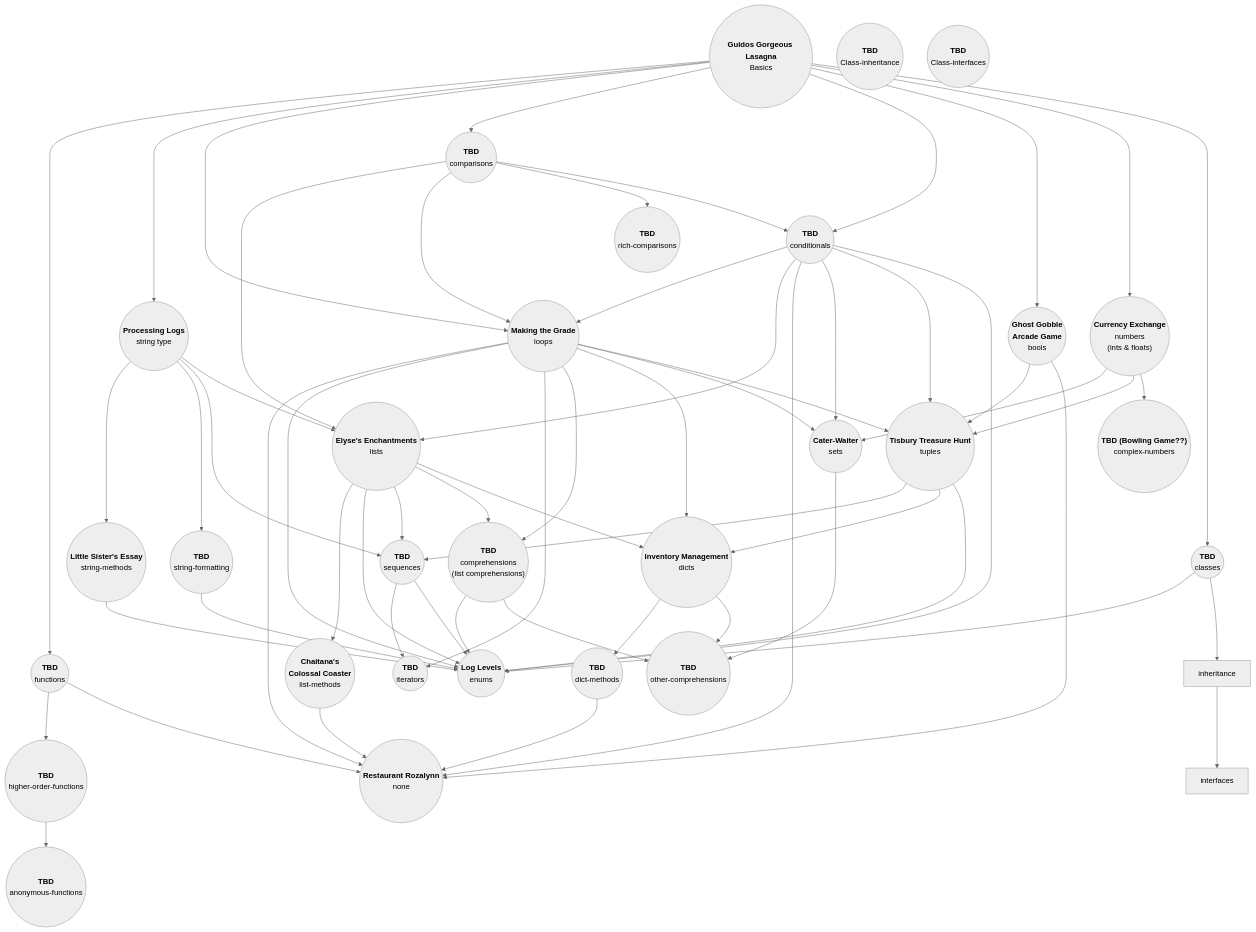
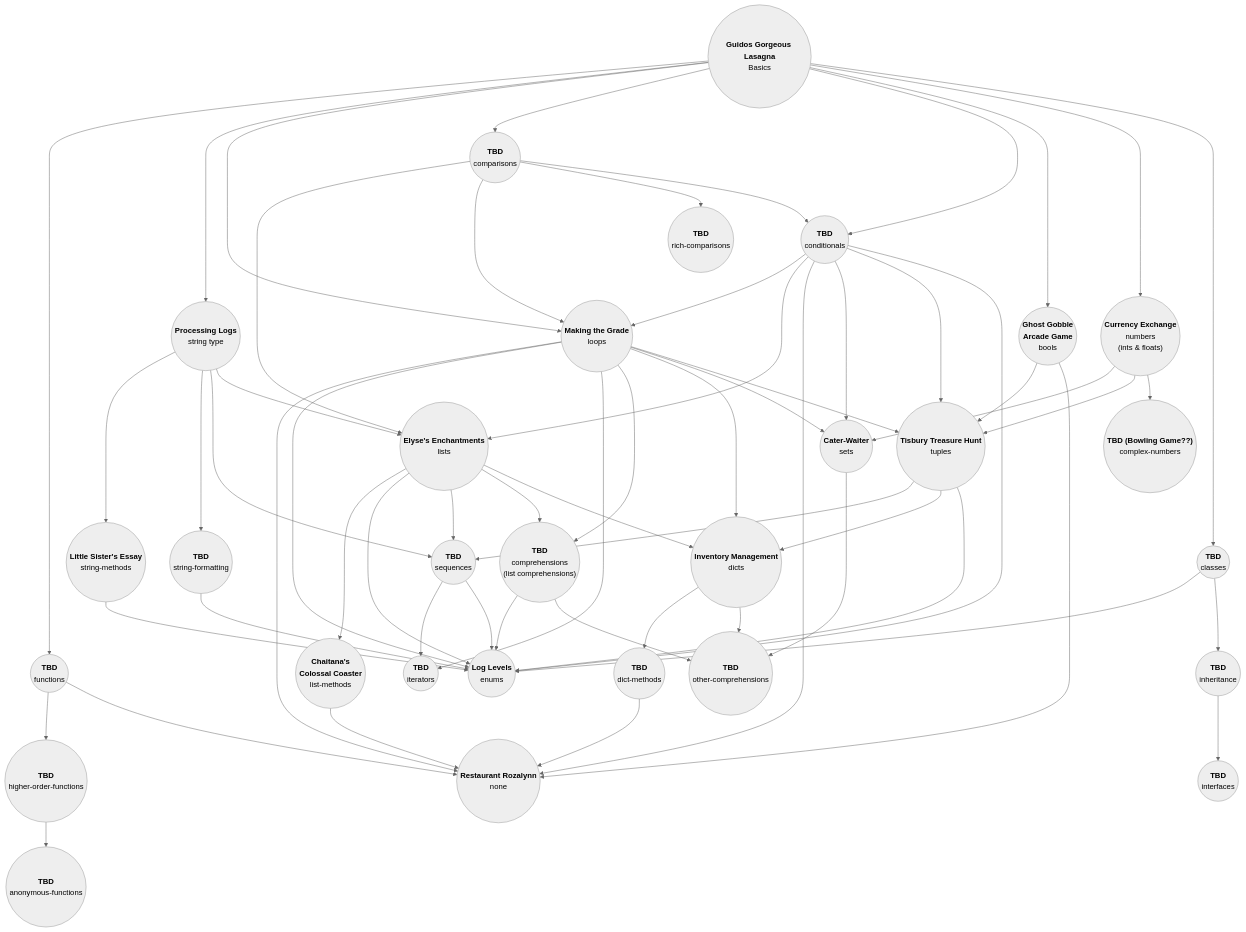
The diagram in languages/python/exercises/README.md (exercism/v3), drawn with Mermaid (neutral theme) before and after one commit. The commit also changed 6 other files, not shown here.

````diff
--- a/languages/python/exercises/README.md
+++ b/languages/python/exercises/README.md
@@ -25,61 +25,61 @@
 ```mermaid
 flowchart TD
 
 %%concepts & exercise names (node lables)
 Basics((<b>Guidos Gorgeous Lasagna</b><br>Basics))
 bools((<b>Ghost Gobble<br>Arcade Game</b><br>bools))
 classes((<b>TBD</b><br>classes))
-Class-inheritance((<b>TBD</b><br>Class-inheritance))
-Class-interfaces((<b>TBD</b><br>Class-interfaces))
+inheritance((<b>TBD</b><br>inheritance))
+interfaces((<b>TBD</b><br>interfaces))
 comparisons((<b>TBD</b><br>comparisons))
 comprehensions(("<b>TBD</b><br>comprehensions<br>(list comprehensions)"))
 other-comprehensions((<b>TBD</b><br>other-comprehensions))
 conditionals((<b>TBD</b><br>conditionals))
 dicts((<b>Inventory Management</b><br>dicts))
 dict-methods((<b>TBD</b><br>dict-methods))
 enums((<b>Log Levels</b><br>enums))
 functions((<b>TBD</b><br>functions))
 higher-order-functions((<b>TBD</b><br>higher-order-functions))
 anonymous-functions((<b>TBD</b><br>anonymous-functions))
 iterators((<b>TBD</b><br>iterators))
 lists((<b>Elyse's Enchantments</b><br>lists))
 list-methods((<b>Chaitana's<br>Colossal Coaster</b><br>list-methods))
 loops((<b>Making the Grade</b><br>loops))
 none((<b>Restaurant Rozalynn</b><br>none))
 numbers(("<b>Currency Exchange</b><br>numbers<br>(ints & floats)"))
 complex-numbers(("<b>TBD (Bowling Game??)</b><br>complex-numbers"))
 rich-comparisons((<b>TBD</b><br>rich-comparisons))
 sequences((<b>TBD</b><br>sequences))
 sets((<b>Cater-Waiter</b><br>sets))
 strings((<b>Processing Logs</b> <br>string type))
 string-formatting((<b>TBD</b> <br>string-formatting))
 string-methods((<b>Little Sister's Essay</b><br>string-methods))
 tuples((<b>Tisbury Treasure Hunt</b><br>tuples))
 
 
 %%exercise prerequisites (node relations)
 Basics --> functions & strings & loops & comparisons & conditionals & bools
 Basics --> numbers & classes
 
 bools --> tuples & none
 classes --> enums & inheritance
 comparisons --> lists & loops
 comparisons --> rich-comparisons & conditionals
 comprehensions --> enums & other-comprehensions
 conditionals --> loops & lists & none & sets & tuples & enums
 inheritance --> interfaces
 dicts --> dict-methods & other-comprehensions
 dict-methods --> none
 functions --> higher-order-functions & none
 higher-order-functions --> anonymous-functions
 lists --> list-methods & enums & sequences & comprehensions & dicts
 list-methods --> none
 loops --> none & enums & iterators & comprehensions & dicts & sets & tuples
 numbers -->  sets & tuples & complex-numbers
 sequences --> iterators & enums
 sets --> other-comprehensions
 strings --> string-methods & string-formatting
 strings --> sequences & lists
 string-methods & string-formatting --> enums
 tuples --> sequences & dicts & enums
 ```
````
